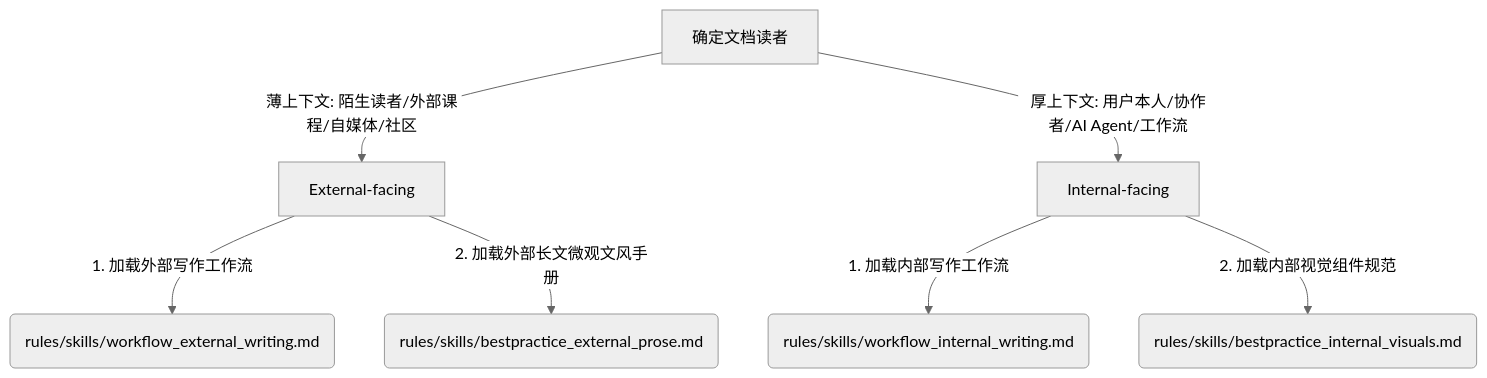
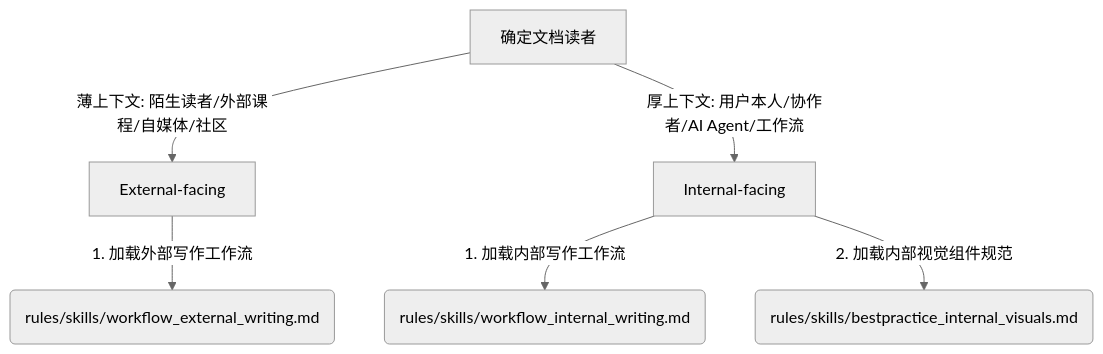
The diagram in rules/COMMUNICATION.md (369795172/context-infrastructure), drawn with Mermaid (neutral theme) before and after one commit.

Commit message:
fix: keep public writing routes self-contained

````diff
--- a/rules/COMMUNICATION.md
+++ b/rules/COMMUNICATION.md
@@ -41,11 +41,10 @@
 ```mermaid
 graph TD
     A[确定文档读者] -->|薄上下文: 陌生读者/外部课程/自媒体/社区| B[External-facing]
     A -->|厚上下文: 用户本人/协作者/AI Agent/工作流| C[Internal-facing]
 
     B -->|1. 加载外部写作工作流| D(rules/skills/workflow_external_writing.md)
-    B -->|2. 加载外部长文微观文风手册| E(rules/skills/bestpractice_external_prose.md)
 
     C -->|1. 加载内部写作工作流| F(rules/skills/workflow_internal_writing.md)
     C -->|2. 加载内部视觉组件规范| G(rules/skills/bestpractice_internal_visuals.md)
 ```
````
